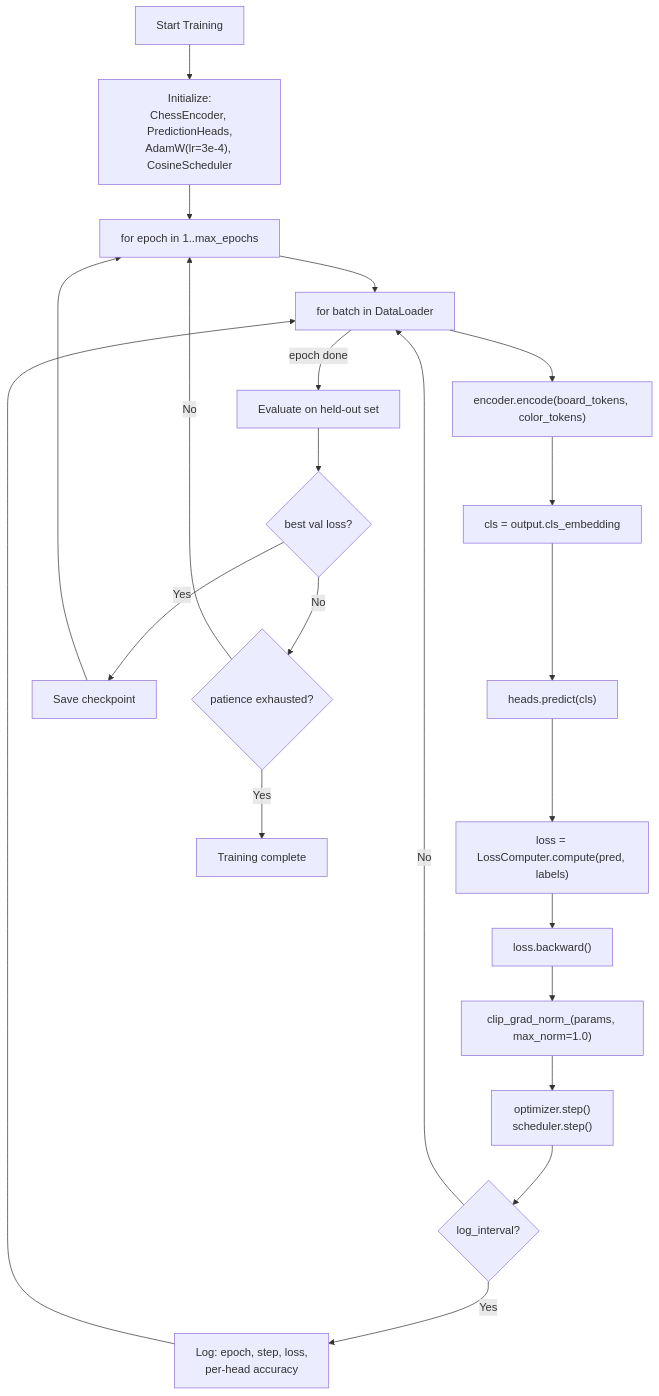
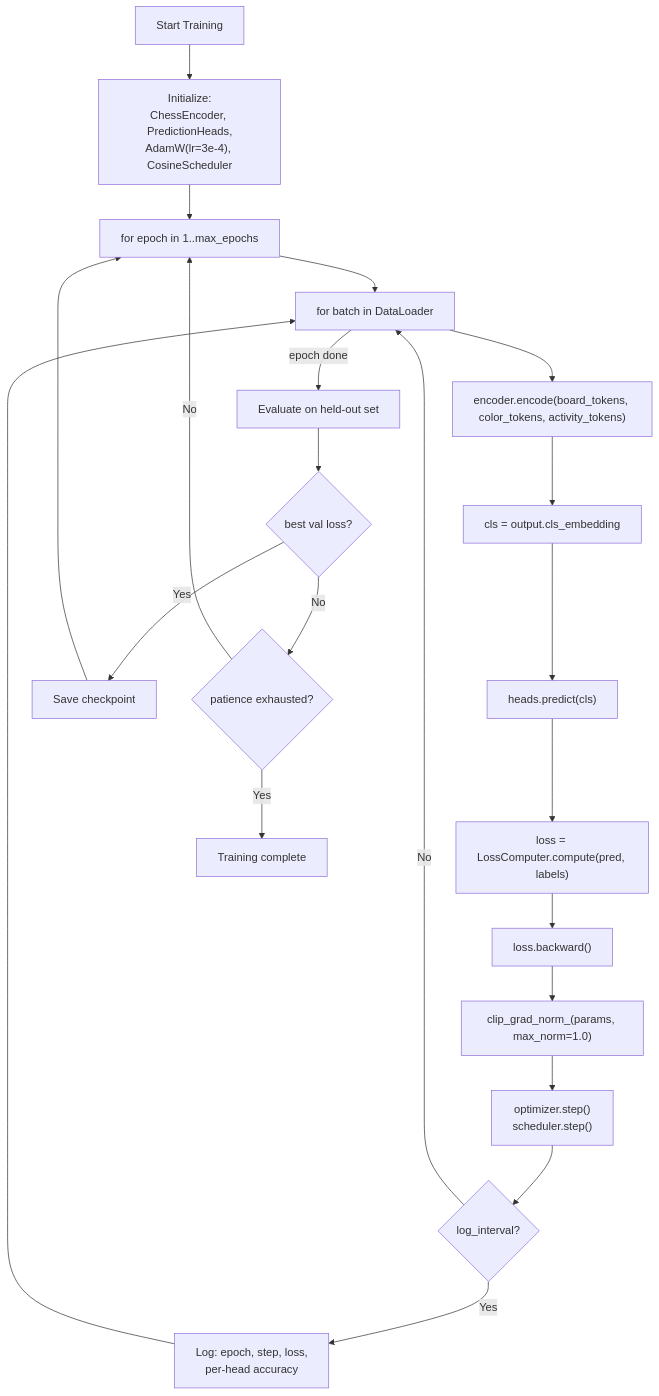
One commit to sombersomni/chess-policy-agent changed the sixth of 6 diagrams in chess_encoder_final_design.md. Above: the diagram before and after it, drawn with Mermaid. The commit also changed other lines of this file, not shown here.

First line of the commit message:
Add ActivityScorer and four-stream EmbeddingLayer to encoder design

````diff
--- a/chess_encoder_final_design.md
+++ b/chess_encoder_final_design.md
@@ -251,25 +271,25 @@
 ```mermaid
 flowchart TD
     START["Start Training"] --> INIT["Initialize:<br/>ChessEncoder, PredictionHeads,<br/>AdamW(lr=3e-4), CosineScheduler"]
     INIT --> EPOCH["for epoch in 1..max_epochs"]
     EPOCH --> BATCH["for batch in DataLoader"]
-    BATCH --> FWD["encoder.encode(board_tokens, color_tokens)"]
+    BATCH --> FWD["encoder.encode(board_tokens, color_tokens, activity_tokens)"]
     FWD --> CLS["cls = output.cls_embedding"]
     CLS --> PRED["heads.predict(cls)"]
     PRED --> LOSS["loss = LossComputer.compute(pred, labels)"]
     LOSS --> BACK["loss.backward()"]
     BACK --> CLIP["clip_grad_norm_(params, max_norm=1.0)"]
     CLIP --> STEP["optimizer.step()<br/>scheduler.step()"]
     STEP --> LOG{"log_interval?"}
     LOG -->|Yes| PRINT["Log: epoch, step, loss,<br/>per-head accuracy"]
     LOG -->|No| BATCH
     PRINT --> BATCH
 
     BATCH -->|"epoch done"| EVAL["Evaluate on held-out set"]
     EVAL --> SAVE{"best val loss?"}
     SAVE -->|Yes| CKPT["Save checkpoint"]
     SAVE -->|No| EARLY{"patience exhausted?"}
     CKPT --> EPOCH
     EARLY -->|No| EPOCH
     EARLY -->|Yes| DONE["Training complete"]
 ```
````
